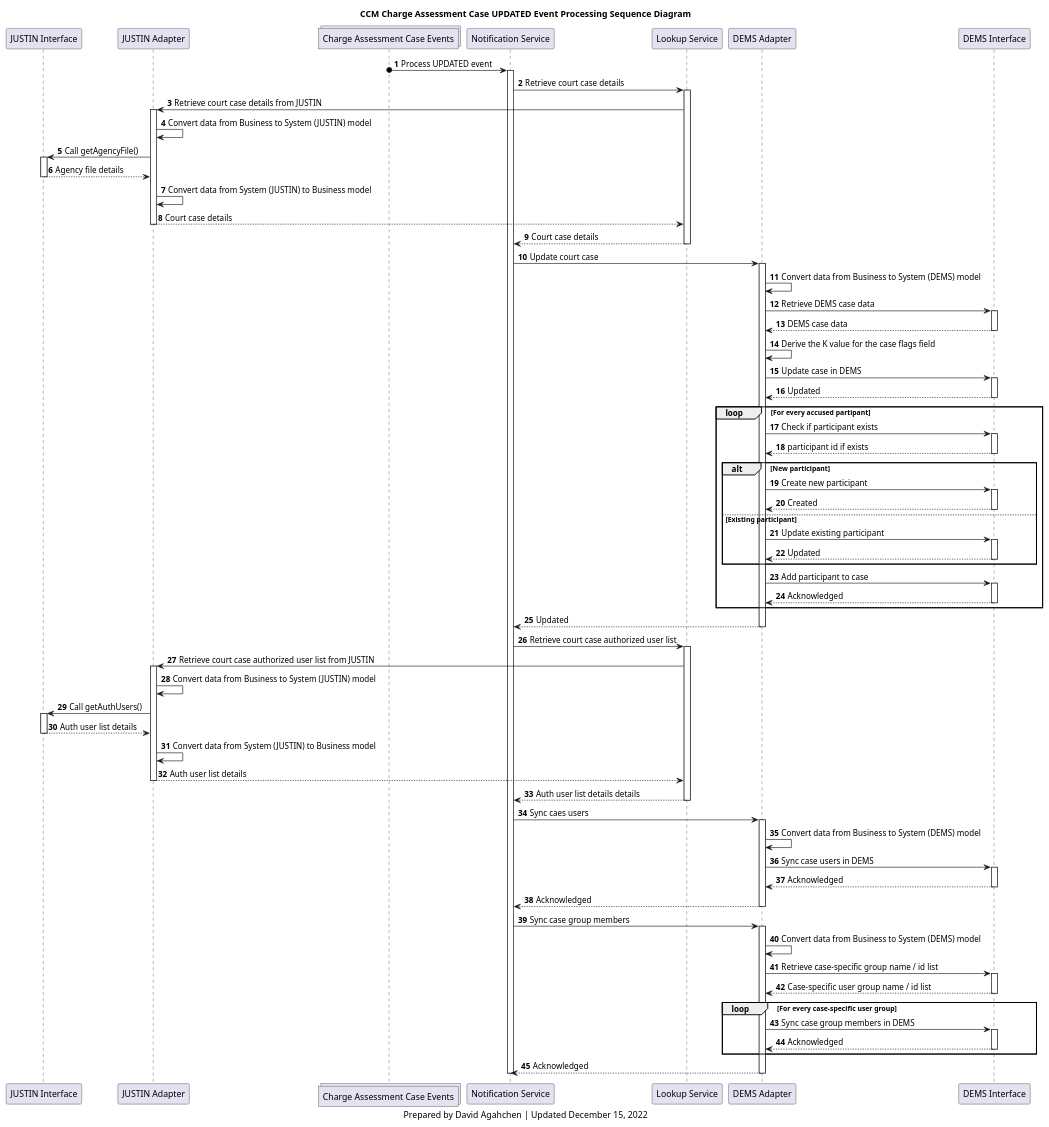
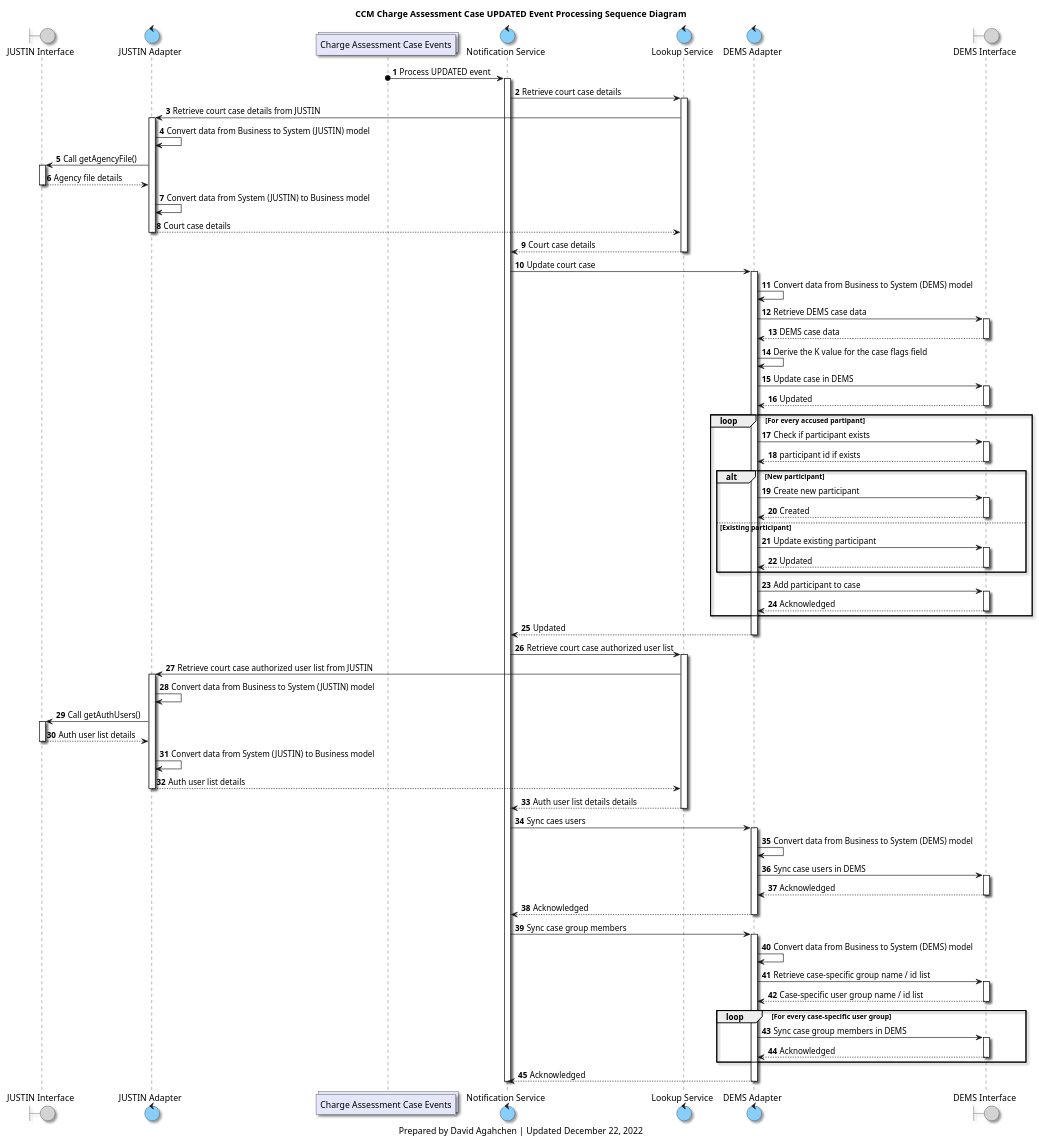
One commit to bcgov/jpss-jade-ccm changed the diagram in diagrams/ccm_charge_assessment_case_updated_processing_sequence_diagram.plantuml. Above: the diagram before and after it, drawn with PlantUML. The commit also changed 21 other files, not shown here.

Commit message:
Updated sequence diagrams

```diff
--- a/diagrams/ccm_charge_assessment_case_updated_processing_sequence_diagram.plantuml
+++ b/diagrams/ccm_charge_assessment_case_updated_processing_sequence_diagram.plantuml
@@ -1,125 +1,136 @@
 @startuml
 'hide footbox
-participant j_interface as "JUSTIN Interface"
-participant j_adapter as "JUSTIN Adapter"
+
+skinparam Shadowing true
+skinparam CollectionsBackgroundColor Lavender
+skinparam ControlBackgroundColor LightSkyBlue
+skinparam BoundaryBackgroundColor LightGrey
+
+/' 
+Available colours
+https://plantuml-documentation.readthedocs.io/en/latest/formatting/color-names.html
+'/
+
+boundary j_interface as "JUSTIN Interface"
+control j_adapter as "JUSTIN Adapter"
 collections court_cases_topic as "Charge Assessment Case Events"
-participant notification_service as "Notification Service"
-participant lookup_service as "Lookup Service"
-participant d_adapter as "DEMS Adapter"
-participant d_interface as "DEMS Interface"
+control notification_service as "Notification Service"
+control lookup_service as "Lookup Service"
+control d_adapter as "DEMS Adapter"
+boundary d_interface as "DEMS Interface"
 
 title
 CCM Charge Assessment Case UPDATED Event Processing Sequence Diagram
 end title
 
 autonumber
 
 court_cases_topic o-> notification_service : Process UPDATED event
 activate notification_service
 notification_service -> lookup_service: Retrieve court case details
 activate lookup_service
 lookup_service -> j_adapter: Retrieve court case details from JUSTIN
 
 activate j_adapter
 j_adapter -> j_adapter: Convert data from Business to System (JUSTIN) model
 j_adapter -> j_interface: Call getAgencyFile()
 activate j_interface
 j_interface --> j_adapter: Agency file details
 deactivate j_interface
 j_adapter -> j_adapter: Convert data from System (JUSTIN) to Business model
 j_adapter --> lookup_service: Court case details
 deactivate j_adapter
 
 lookup_service --> notification_service: Court case details
 deactivate lookup_service
 notification_service -> d_adapter: Update court case
 
 activate d_adapter
 d_adapter -> d_adapter: Convert data from Business to System (DEMS) model
 
 d_adapter -> d_interface: Retrieve DEMS case data
 activate d_interface
 d_interface --> d_adapter: DEMS case data
 deactivate d_interface 
 
 d_adapter -> d_adapter: Derive the K value for the case flags field
 d_adapter -> d_interface: Update case in DEMS
 activate d_interface
 d_interface --> d_adapter: Updated
 deactivate d_interface
 
 loop For every accused partipant
     d_adapter -> d_interface: Check if participant exists
     activate d_interface
     d_interface --> d_adapter: participant id if exists
     deactivate d_interface
     alt New participant
         d_adapter -> d_interface: Create new participant
         activate d_interface
         d_interface --> d_adapter: Created
         deactivate d_interface
     else Existing participant
         d_adapter -> d_interface: Update existing participant
         activate d_interface
         d_interface --> d_adapter: Updated
         deactivate d_interface
     end
     d_adapter -> d_interface: Add participant to case
     activate d_interface
     d_interface --> d_adapter: Acknowledged
     deactivate d_interface
 end
 
 d_adapter --> notification_service: Updated
 deactivate d_adapter
 
 notification_service -> lookup_service: Retrieve court case authorized user list
 activate lookup_service
 lookup_service -> j_adapter: Retrieve court case authorized user list from JUSTIN
 
 activate j_adapter
 j_adapter -> j_adapter: Convert data from Business to System (JUSTIN) model
 j_adapter -> j_interface: Call getAuthUsers()
 activate j_interface
 j_interface --> j_adapter: Auth user list details
 deactivate j_interface
 j_adapter -> j_adapter: Convert data from System (JUSTIN) to Business model
 j_adapter --> lookup_service: Auth user list details
 deactivate j_adapter
 
 lookup_service --> notification_service: Auth user list details details
 deactivate lookup_service
 
 notification_service -> d_adapter: Sync caes users
 activate d_adapter
 d_adapter -> d_adapter: Convert data from Business to System (DEMS) model
 d_adapter -> d_interface: Sync case users in DEMS
 activate d_interface
 d_interface --> d_adapter: Acknowledged
 deactivate d_interface
 
 d_adapter --> notification_service: Acknowledged
 deactivate d_adapter
 
 notification_service -> d_adapter: Sync case group members
 activate d_adapter
 d_adapter -> d_adapter: Convert data from Business to System (DEMS) model
 d_adapter -> d_interface: Retrieve case-specific group name / id list
 activate d_interface
 d_interface --> d_adapter: Case-specific user group name / id list
 deactivate d_interface
 loop For every case-specific user group
     d_adapter -> d_interface: Sync case group members in DEMS
     activate d_interface
     d_interface --> d_adapter: Acknowledged
     deactivate d_interface
 end
 d_adapter --> notification_service: Acknowledged
 deactivate d_adapter
 
 deactivate notification_service
 
 caption
-Prepared by David Agahchen | Updated December 15, 2022
+Prepared by David Agahchen | Updated December 22, 2022
 end caption
 @enduml
```
